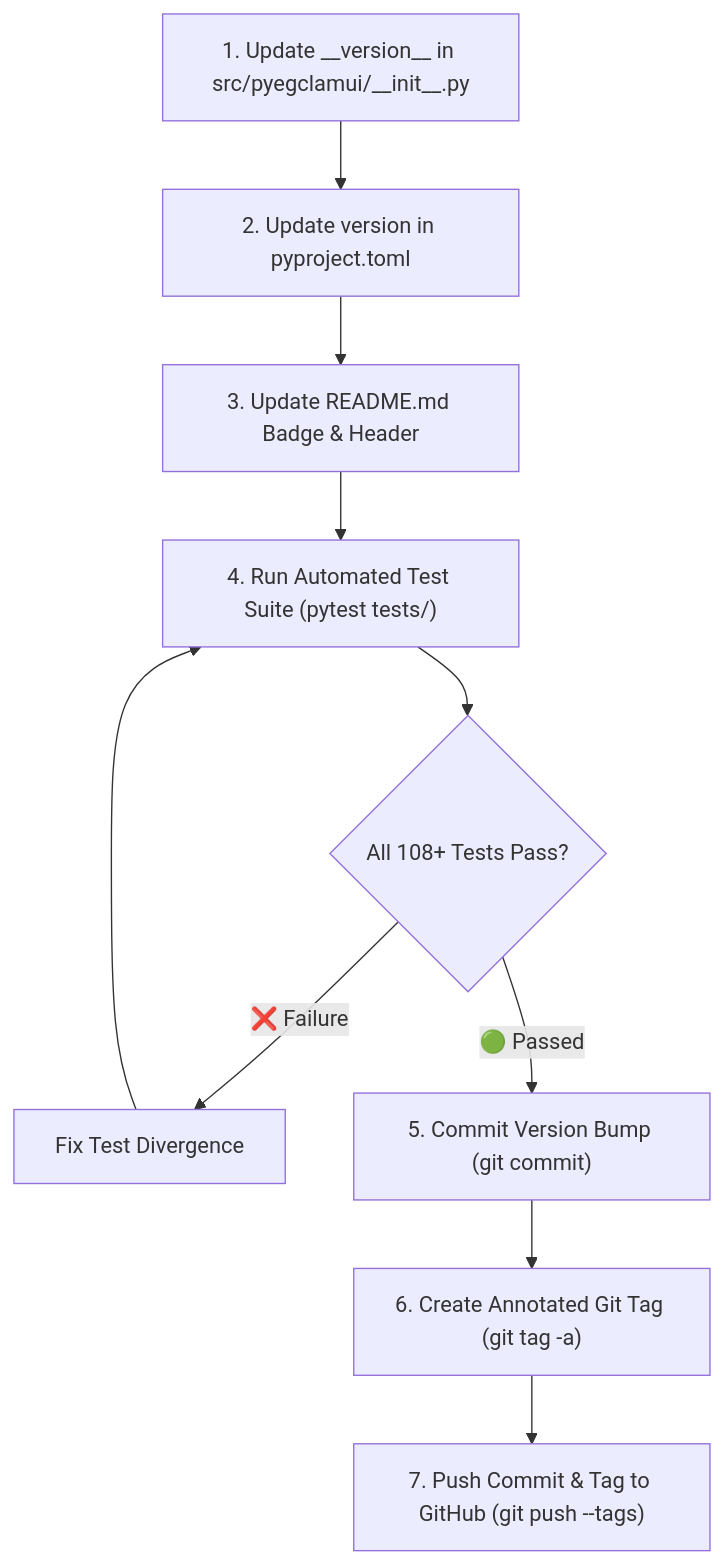
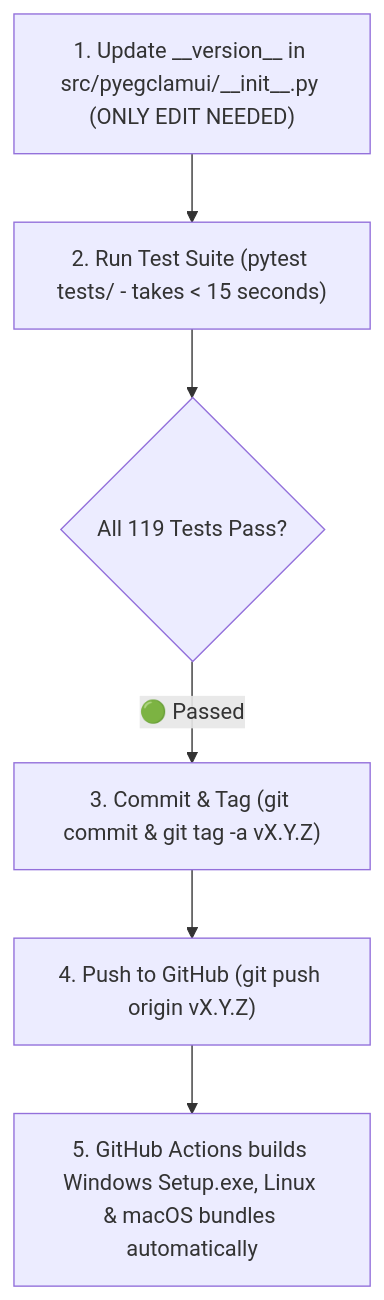
The third of 3 diagrams in pyEGClamUI-Docs/docs/VERSIONING.md (EG1DOTIN/av.eg1.in), drawn with Mermaid before and after one commit. The commit also changed other lines of this file and 24 other files, not shown here.

First line of the commit message:
feat(sync): implement automated GitHub releases and documentation sync engine

````diff
--- a/pyEGClamUI-Docs/docs/VERSIONING.md
+++ b/pyEGClamUI-Docs/docs/VERSIONING.md
@@ -83,11 +82,8 @@
 ```mermaid
 flowchart TD
-    Step1["1. Update __version__ in src/pyegclamui/__init__.py"] --> Step2["2. Update version in pyproject.toml"]
-    Step2 --> Step3["3. Update README.md Badge & Header"]
-    Step3 --> Step4["4. Run Automated Test Suite (pytest tests/)"]
-    Step4 --> Check{"All 108+ Tests Pass?"}
-    Check -- "❌ Failure" --> Fix["Fix Test Divergence"] --> Step4
-    Check -- "🟢 Passed" --> Step5["5. Commit Version Bump (git commit)"]
-    Step5 --> Step6["6. Create Annotated Git Tag (git tag -a)"]
-    Step6 --> Step7["7. Push Commit & Tag to GitHub (git push --tags)"]
+    Step1["1. Update __version__ in src/pyegclamui/__init__.py (ONLY EDIT NEEDED)"] --> Step2["2. Run Test Suite (pytest tests/ - takes < 15 seconds)"]
+    Step2 --> Check{"All 119 Tests Pass?"}
+    Check -- "🟢 Passed" --> Step3["3. Commit & Tag (git commit & git tag -a vX.Y.Z)"]
+    Step3 --> Step4["4. Push to GitHub (git push origin vX.Y.Z)"]
+    Step4 --> CI["5. GitHub Actions builds Windows Setup.exe, Linux & macOS bundles automatically"]
 ```
````
